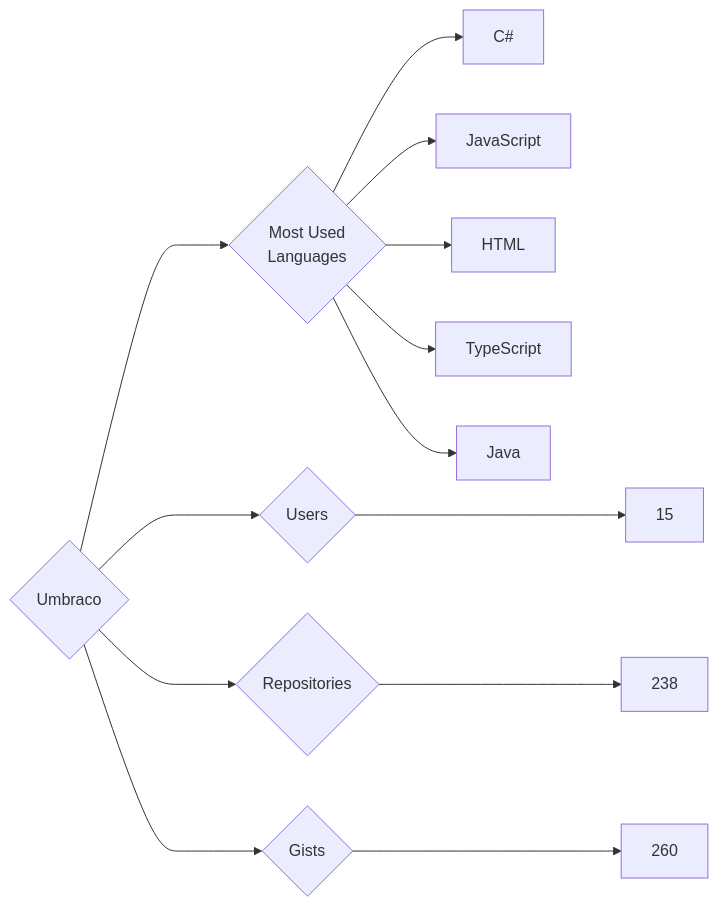
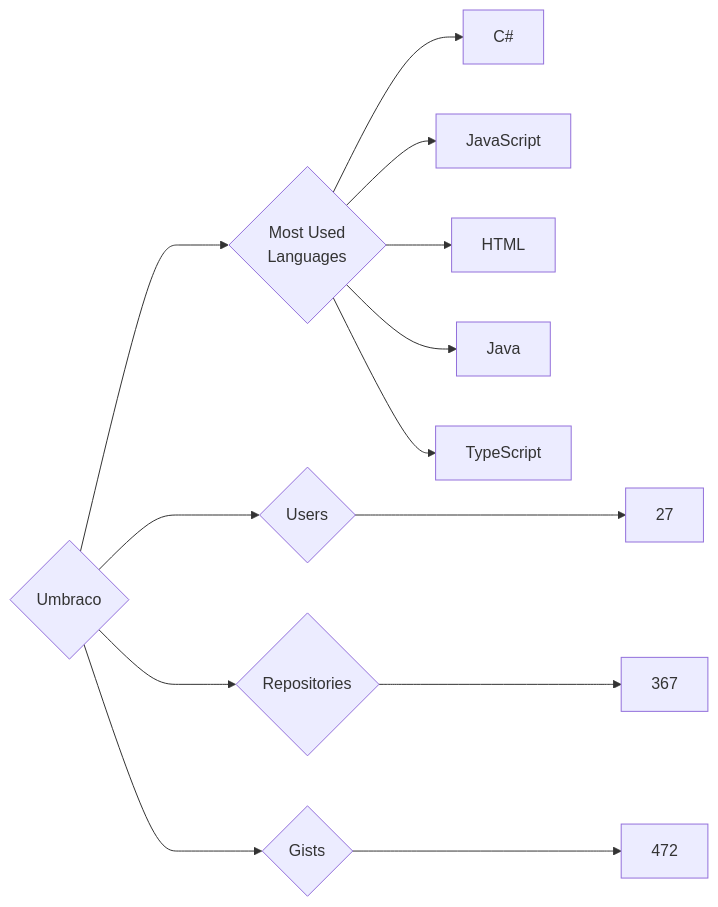
The diagram in targets/Umbraco/README.md (trickest/insiders), drawn with Mermaid before and after one commit. The commit also changed 835 other files, not shown here.

````diff
--- a/targets/Umbraco/README.md
+++ b/targets/Umbraco/README.md
@@ -3,13 +3,13 @@
 ```mermaid
 graph LR
 COMPANY_NAME{Umbraco}
-COMPANY_NAME ---> U{Users} ---> UN[15]
-COMPANY_NAME ---> R{Repositories} ---> RN[238]
-COMPANY_NAME ---> G{Gists} ---> GN[260]
+COMPANY_NAME ---> U{Users} ---> UN[27]
+COMPANY_NAME ---> R{Repositories} ---> RN[367]
+COMPANY_NAME ---> G{Gists} ---> GN[472]
 COMPANY_NAME ---> ML{Most Used<br>Languages}
 ML --> C#[C#]
 ML --> JavaScript[JavaScript]
 ML --> HTML[HTML]
+ML --> Java[Java]
 ML --> TypeScript[TypeScript]
-ML --> Java[Java]
 ```
````
